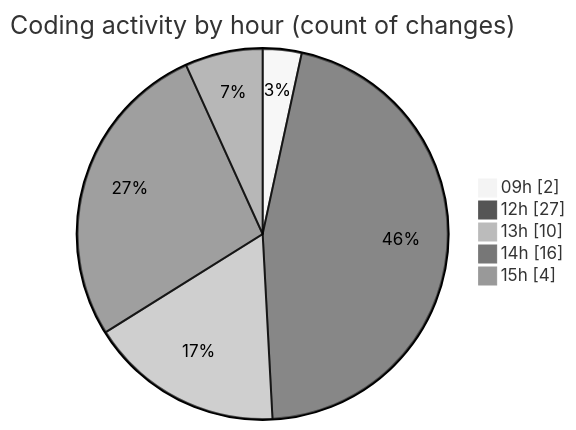
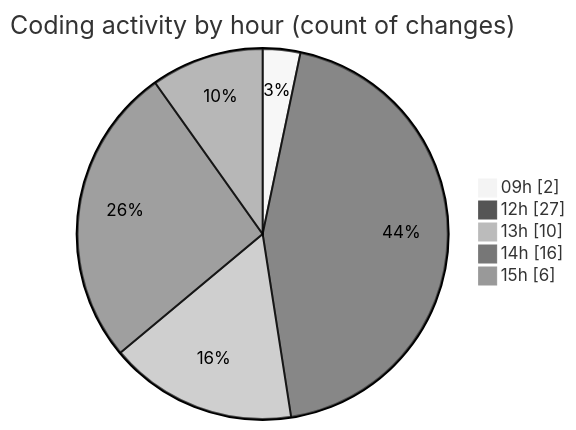
The second of 2 diagrams in 2025-11-06/cda/README.md (momahboobian/code-tracking), drawn with Mermaid (neutral theme) before and after one commit. The commit also changed other lines of this file and 1 other file, not shown here.

````diff
--- a/2025-11-06/cda/README.md
+++ b/2025-11-06/cda/README.md
@@ -53,9 +55,9 @@
 ```mermaid
 pie showData
 title Coding activity by hour (count of changes)
 "09h" : 2
 "12h" : 27
 "13h" : 10
 "14h" : 16
-"15h" : 4
+"15h" : 6
 ```
````
